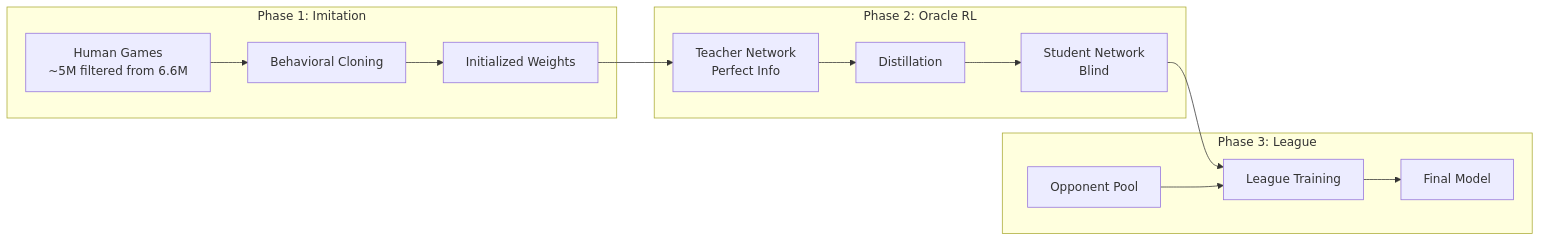
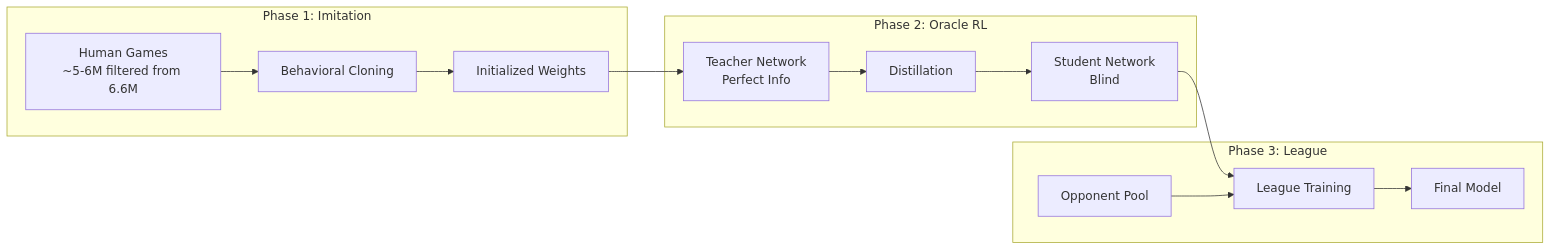
Before and after one commit to NikkeTryHard/hydra: the first of 3 diagrams in research/TRAINING.md, drawn with Mermaid. The commit also changed other lines of this file and 12 other files, not shown here.

````diff
--- a/research/TRAINING.md
+++ b/research/TRAINING.md
@@ -20,19 +20,19 @@
 ```mermaid
 graph LR
     subgraph "Phase 1: Imitation"
-        DATA["Human Games<br/>~5M filtered from 6.6M"] --> BC[Behavioral Cloning]
+        DATA["Human Games<br/>~5-6M filtered from 6.6M"] --> BC[Behavioral Cloning]
         BC --> INIT[Initialized Weights]
     end
 
     subgraph "Phase 2: Oracle RL"
         INIT --> TEACHER["Teacher Network<br/>Perfect Info"]
         TEACHER --> DISTILL[Distillation]
         DISTILL --> STUDENT["Student Network<br/>Blind"]
     end
 
     subgraph "Phase 3: League"
         STUDENT --> LEAGUE[League Training]
         POOL[Opponent Pool] --> LEAGUE
         LEAGUE --> FINAL[Final Model]
     end
 ```
````
